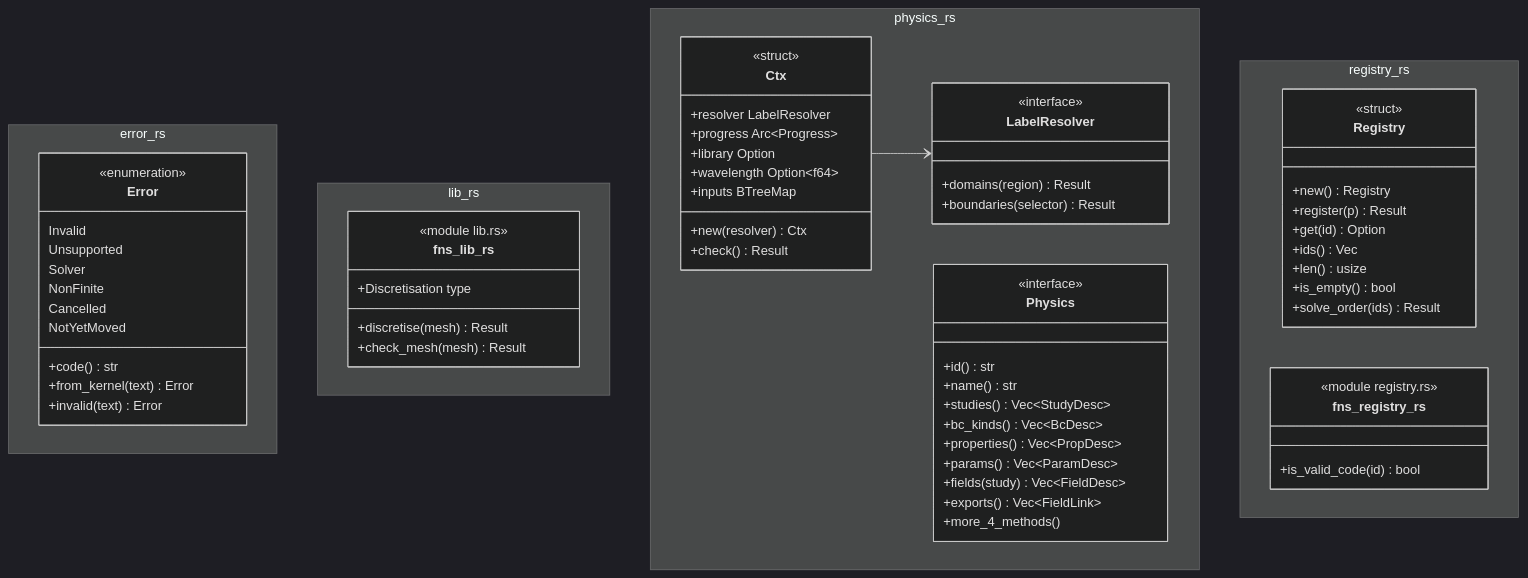
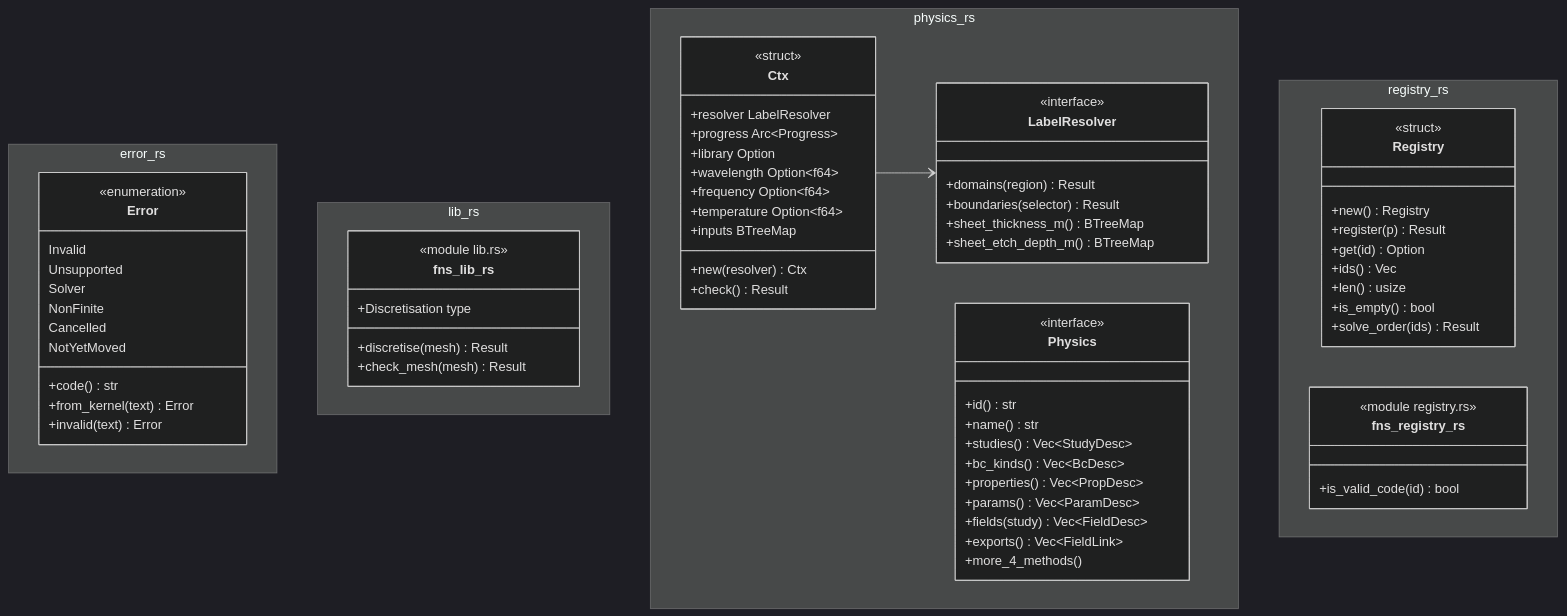
The diagram in docs/architecture/c4/4-code/physics/trait.md (p-j-r/nyx), drawn with Mermaid (dark theme) before and after one commit. The commit also changed other lines of this file and 150 other files, not shown here.

````diff
--- a/docs/architecture/c4/4-code/physics/trait.md
+++ b/docs/architecture/c4/4-code/physics/trait.md
@@ -81,71 +81,75 @@
 ```mermaid
 classDiagram
   namespace error_rs {
     class Error {
         <<enumeration>>
         Invalid
         Unsupported
         Solver
         NonFinite
         Cancelled
         NotYetMoved
         +code() str
         +from_kernel(text) Error
         +invalid(text) Error
     }
   }
   namespace lib_rs {
     class fns_lib_rs {
         <<module lib.rs>>
         +discretise(mesh) Result
         +check_mesh(mesh) Result
         +Discretisation type
     }
   }
   namespace physics_rs {
     class LabelResolver {
         <<interface>>
         +domains(region) Result
         +boundaries(selector) Result
+        +sheet_thickness_m() BTreeMap
+        +sheet_etch_depth_m() BTreeMap
     }
     class Ctx {
         <<struct>>
         +resolver LabelResolver
         +progress Arc~Progress~
         +library Option
         +wavelength Option~f64~
+        +frequency Option~f64~
+        +temperature Option~f64~
         +inputs BTreeMap
         +new(resolver) Ctx
         +check() Result
     }
     class Physics {
         <<interface>>
         +id() str
         +name() str
         +studies() Vec~StudyDesc~
         +bc_kinds() Vec~BcDesc~
         +properties() Vec~PropDesc~
         +params() Vec~ParamDesc~
         +fields(study) Vec~FieldDesc~
         +exports() Vec~FieldLink~
         +more_4_methods()
     }
   }
   namespace registry_rs {
     class Registry {
         <<struct>>
         +new() Registry
         +register(p) Result
         +get(id) Option
         +ids() Vec
         +len() usize
         +is_empty() bool
         +solve_order(ids) Result
     }
     class fns_registry_rs {
         <<module registry.rs>>
         +is_valid_code(id) bool
     }
   }
   Ctx --> LabelResolver
 ```
````
